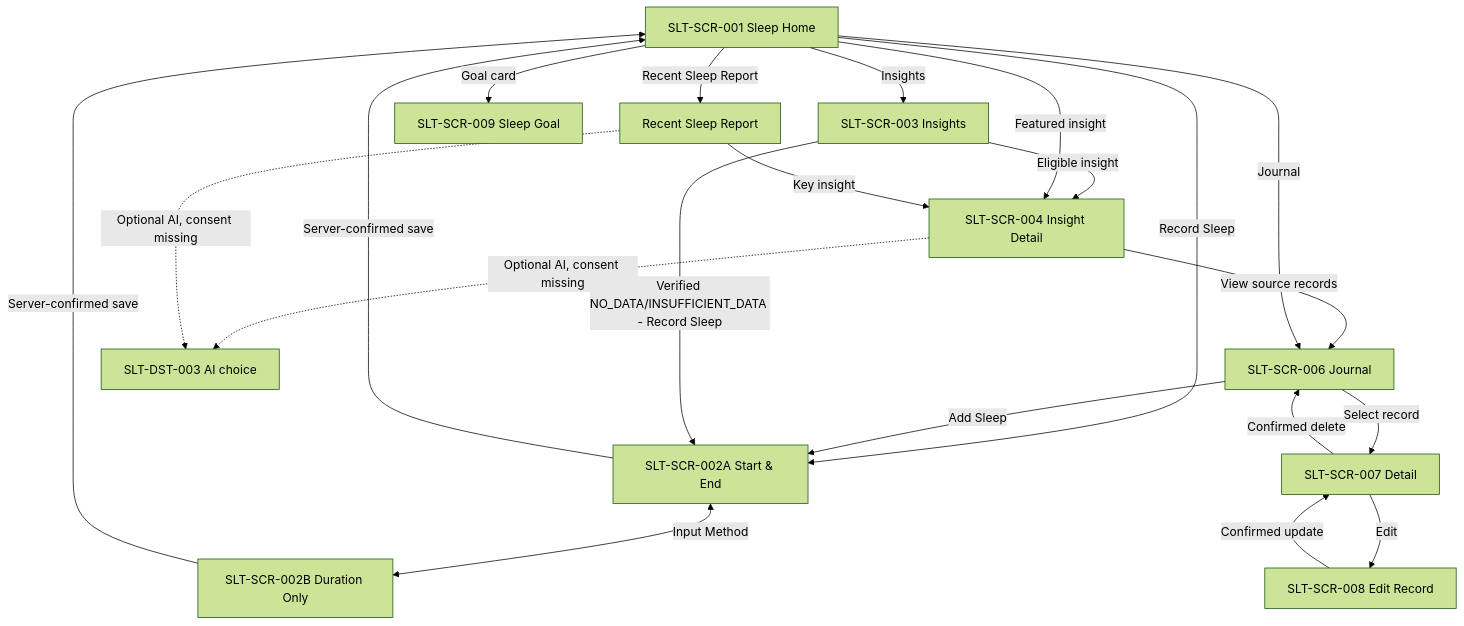
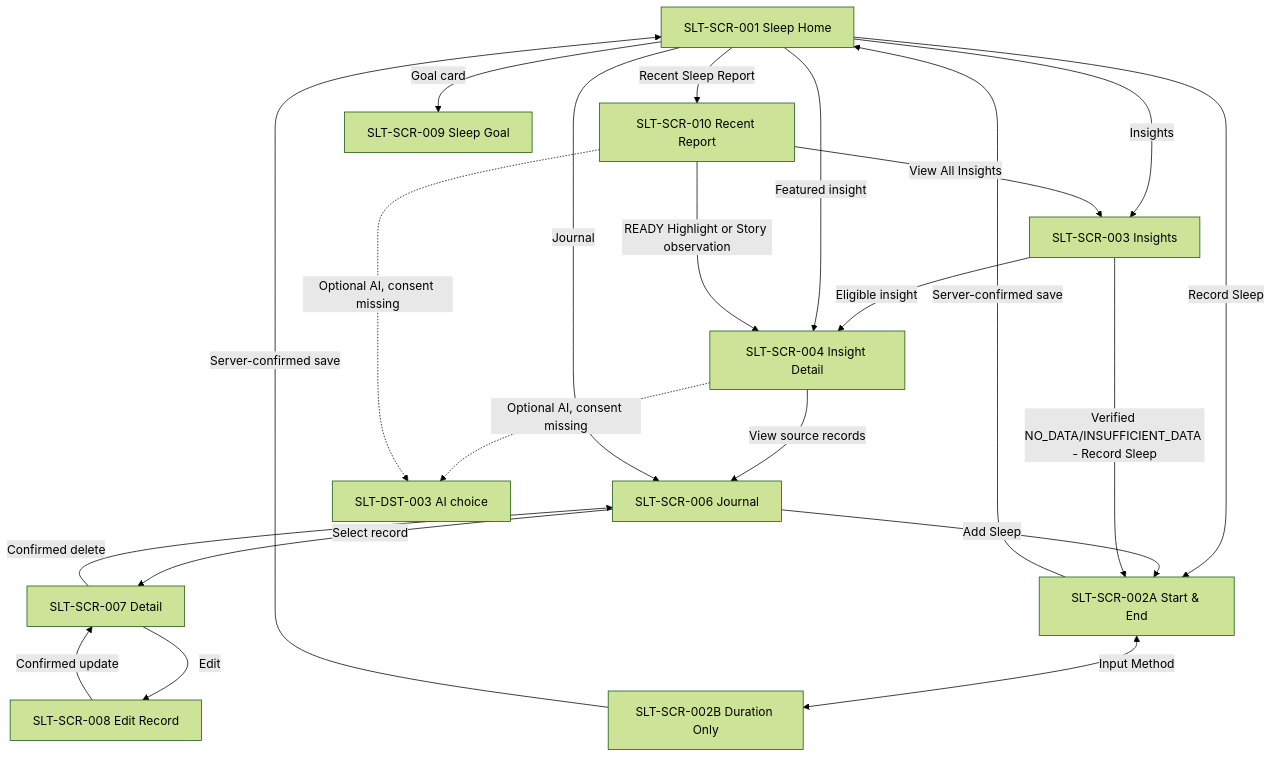
The diagram in sleep-tracking/BEHAVIOR.md (vitaloom/vitaloom-design), drawn with Mermaid (forest theme) before and after one commit. The commit also changed other lines of this file and 10 other files, not shown here.

Commit message:
docs(sleep): trace Recent F2 insights and reuse existing artwork

````diff
--- a/sleep-tracking/BEHAVIOR.md
+++ b/sleep-tracking/BEHAVIOR.md
@@ -29,34 +30,35 @@
 ```mermaid
 flowchart TD
   A[SLT-SCR-001 Sleep Home]
   B[SLT-SCR-002A Start & End]
   C[SLT-SCR-002B Duration Only]
   D[SLT-SCR-003 Insights]
   E[SLT-SCR-004 Insight Detail]
-  F[Recent Sleep Report]
+  F[SLT-SCR-010 Recent Report]
   J[SLT-SCR-006 Journal]
   R[SLT-SCR-007 Detail]
   U[SLT-SCR-008 Edit Record]
   G[SLT-SCR-009 Sleep Goal]
   X[SLT-DST-003 AI choice]
   A -->|Record Sleep| B
   B <-->|Input Method| C
   B -->|Server-confirmed save| A
   C -->|Server-confirmed save| A
   A -->|Insights| D
   D -->|Eligible insight| E
   A -->|Featured insight| E
   E -->|View source records| J
   J -->|Select record| R
   R -->|Edit| U
   U -->|Confirmed update| R
   R -->|Confirmed delete| J
   J -->|Add Sleep| B
   A -->|Journal| J
   A -->|Goal card| G
   D -->|Verified NO_DATA/INSUFFICIENT_DATA - Record Sleep| B
   A -->|Recent Sleep Report| F
-  F -->|Key insight| E
+  F -->|READY Highlight or Story observation| E
+  F -->|View All Insights| D
   E -.->|Optional AI, consent missing| X
   F -.->|Optional AI, consent missing| X
 ```
````
